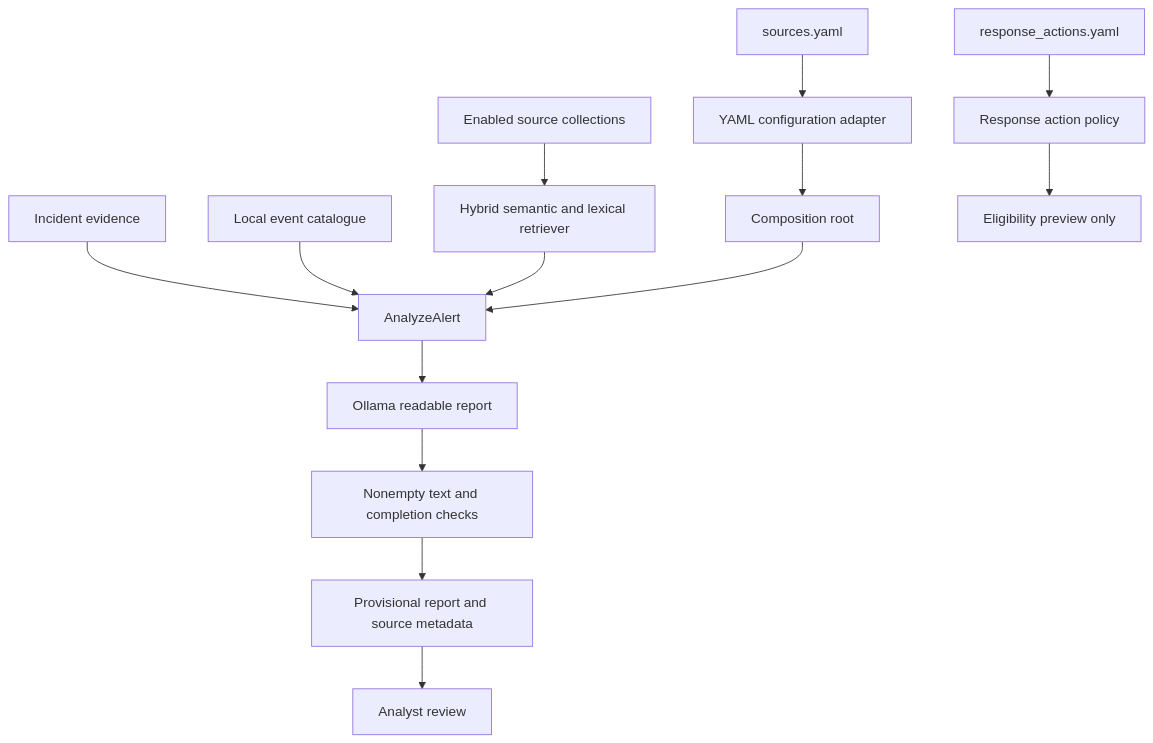
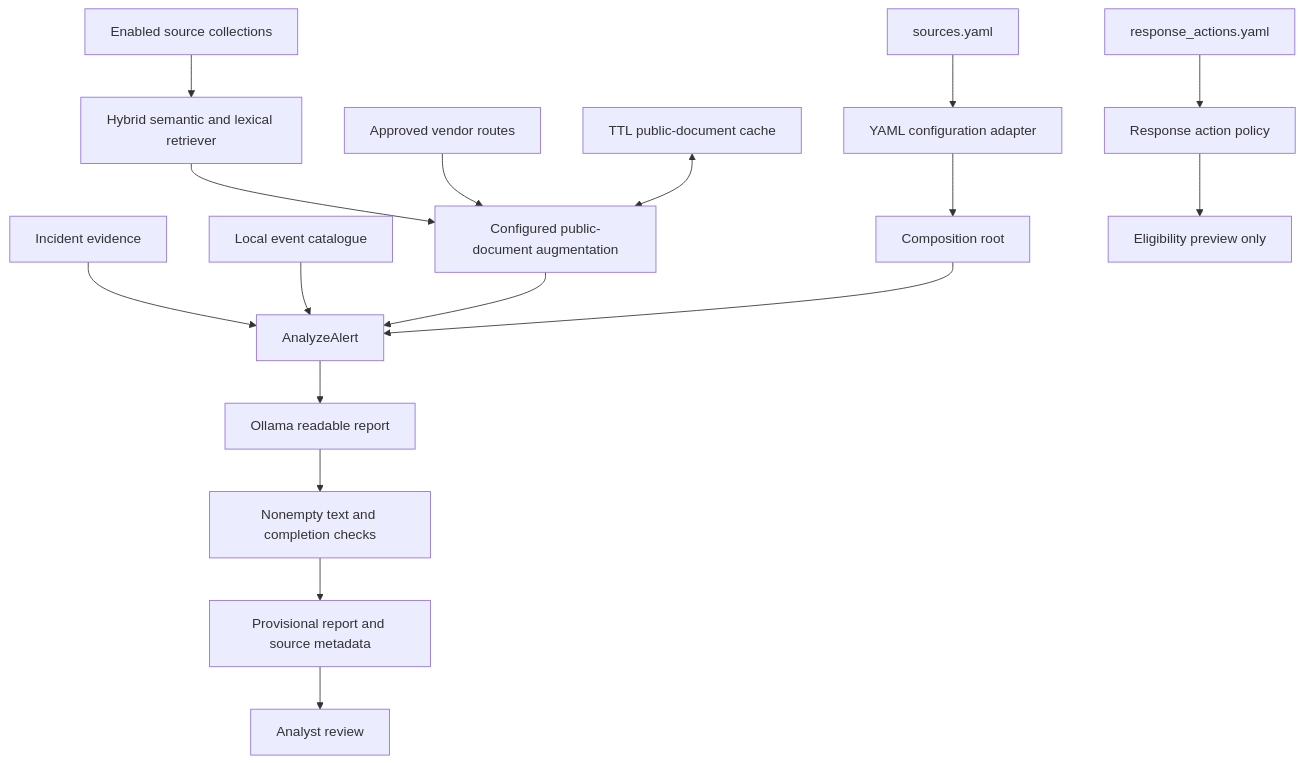
Before and after one commit to Zouhairgurtaoui/cybertriage: the diagram in docs/architecture.md, drawn with Mermaid. The commit also changed other lines of this file and 24 other files, not shown here.

````diff
--- a/docs/architecture.md
+++ b/docs/architecture.md
@@ -6,16 +6,19 @@
 ```mermaid
 flowchart TD
     Sources[sources.yaml] --> Configuration[YAML configuration adapter]
     Configuration --> Bootstrap[Composition root]
     Input[Incident evidence] --> UseCase[AnalyzeAlert]
     Catalog[Local event catalogue] --> UseCase
     Chroma[Enabled source collections] --> Retrieval[Hybrid semantic and lexical retriever]
-    Retrieval --> UseCase
+    Retrieval --> Web[Configured public-document augmentation]
+    Public[Approved vendor routes] --> Web
+    Cache[TTL public-document cache] <--> Web
+    Web --> UseCase
     Bootstrap --> UseCase
     UseCase --> Model[Ollama readable report]
     Model --> Completion[Nonempty text and completion checks]
     Completion --> Report[Provisional report and source metadata]
     Report --> Review[Analyst review]
     Actions[response_actions.yaml] --> Policy[Response action policy]
     Policy --> Preview[Eligibility preview only]
 ```
````
